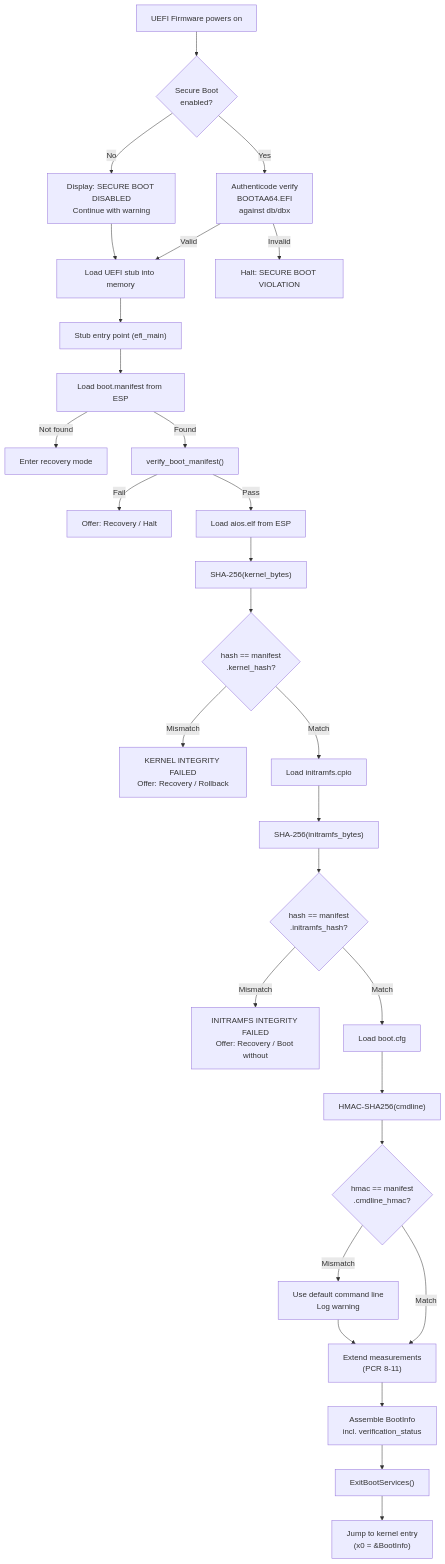
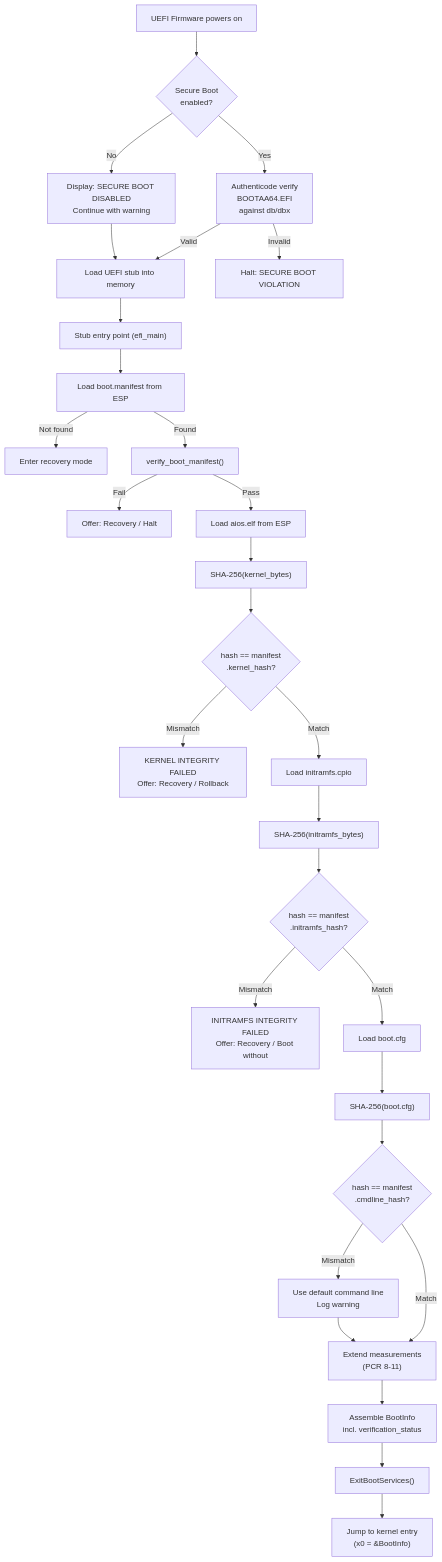
Before and after one commit to juslee/aios: the third of 4 diagrams in docs/security/secure-boot/uefi.md, drawn with Mermaid. The commit also changed other lines of this file and 3 other files, not shown here.

````diff
--- a/docs/security/secure-boot/uefi.md
+++ b/docs/security/secure-boot/uefi.md
@@ -188,36 +206,36 @@
 ```mermaid
 flowchart TD
     FW["UEFI Firmware powers on"] --> SB{"Secure Boot\nenabled?"}
     SB --> |"Yes"| AUTH["Authenticode verify\nBOOTAA64.EFI\nagainst db/dbx"]
     SB --> |"No"| WARN["Display: SECURE BOOT DISABLED\nContinue with warning"]
     AUTH --> |"Valid"| LOAD_STUB["Load UEFI stub into memory"]
     AUTH --> |"Invalid"| HALT1["Halt: SECURE BOOT VIOLATION"]
     WARN --> LOAD_STUB
 
     LOAD_STUB --> ENTRY["Stub entry point (efi_main)"]
     ENTRY --> LOAD_MAN["Load boot.manifest from ESP"]
     LOAD_MAN --> |"Not found"| RECOVERY1["Enter recovery mode"]
     LOAD_MAN --> |"Found"| VERIFY_MAN["verify_boot_manifest()"]
     VERIFY_MAN --> |"Fail"| RECOVERY2["Offer: Recovery / Halt"]
     VERIFY_MAN --> |"Pass"| LOAD_KERNEL["Load aios.elf from ESP"]
 
     LOAD_KERNEL --> HASH_K["SHA-256(kernel_bytes)"]
     HASH_K --> CMP_K{"hash == manifest\n.kernel_hash?"}
     CMP_K --> |"Mismatch"| RECOVERY3["KERNEL INTEGRITY FAILED\nOffer: Recovery / Rollback"]
     CMP_K --> |"Match"| LOAD_INITRAMFS["Load initramfs.cpio"]
 
     LOAD_INITRAMFS --> HASH_I["SHA-256(initramfs_bytes)"]
     HASH_I --> CMP_I{"hash == manifest\n.initramfs_hash?"}
     CMP_I --> |"Mismatch"| RECOVERY4["INITRAMFS INTEGRITY FAILED\nOffer: Recovery / Boot without"]
     CMP_I --> |"Match"| LOAD_CFG["Load boot.cfg"]
 
-    LOAD_CFG --> HMAC_C["HMAC-SHA256(cmdline)"]
-    HMAC_C --> CMP_C{"hmac == manifest\n.cmdline_hmac?"}
+    LOAD_CFG --> HASH_CFG["SHA-256(boot.cfg)"]
+    HASH_CFG --> CMP_C{"hash == manifest\n.cmdline_hash?"}
     CMP_C --> |"Mismatch"| DEFAULT_CFG["Use default command line\nLog warning"]
     CMP_C --> |"Match"| MEASURE["Extend measurements\n(PCR 8-11)"]
     DEFAULT_CFG --> MEASURE
 
     MEASURE --> BOOTINFO["Assemble BootInfo\nincl. verification_status"]
     BOOTINFO --> EBS["ExitBootServices()"]
     EBS --> JUMP["Jump to kernel entry\n(x0 = &BootInfo)"]
 ```
````
